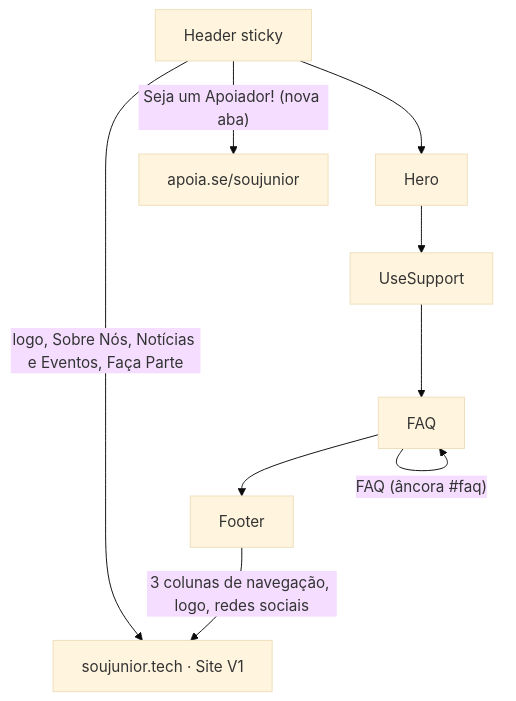
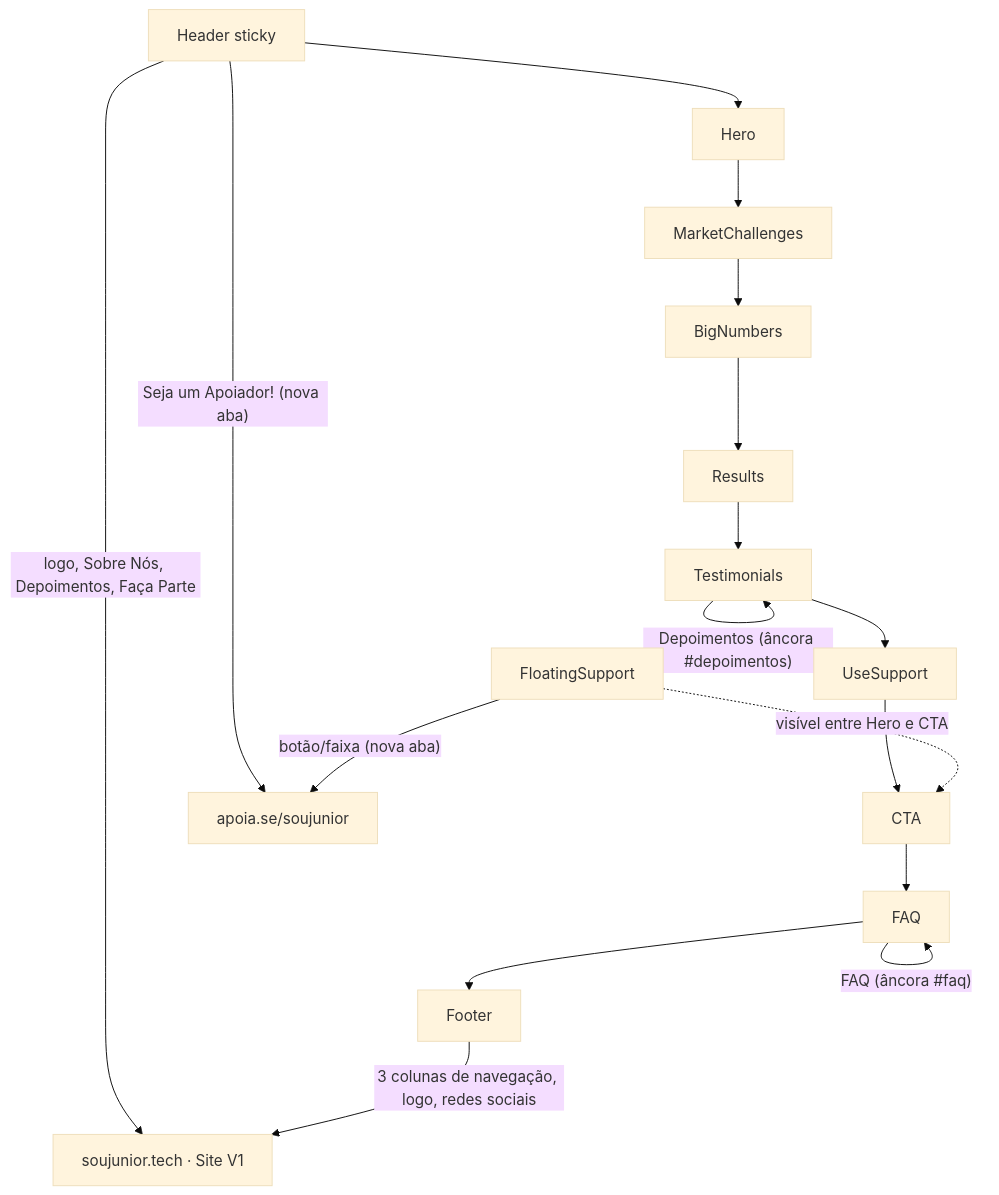
One commit to SouJunior/hackathon-web-wizards changed the diagram in README.md. Above: the diagram before and after it, drawn with Mermaid (base theme). The commit also changed other lines of this file, not shown here.

Commit message:
docs: atualiza README com as novas seções e o FloatingSupport

````diff
--- a/README.md
+++ b/README.md
@@ -81,12 +89,21 @@
 ```mermaid
 flowchart TD
     A[Header sticky] --> B[Hero]
-    B --> C[UseSupport]
-    C --> D[FAQ]
-    D --> E[Footer]
+    B --> C[MarketChallenges]
+    C --> D[BigNumbers]
+    D --> E[Results]
+    E --> F[Testimonials]
+    F --> G[UseSupport]
+    G --> H[CTA]
+    H --> I[FAQ]
+    I --> J[Footer]
 
-    A -- "logo, Sobre Nós, Notícias e Eventos, Faça Parte" --> V1[soujunior.tech · Site V1]
+    FAB[FloatingSupport] -. "visível entre Hero e CTA" .-> H
+
+    A -- "logo, Sobre Nós, Depoimentos, Faça Parte" --> V1[soujunior.tech · Site V1]
     A -- "Seja um Apoiador! (nova aba)" --> APOIA[apoia.se/soujunior]
-    E -- "3 colunas de navegação, logo, redes sociais" --> V1
-    D -- "FAQ (âncora #faq)" --> D
+    FAB -- "botão/faixa (nova aba)" --> APOIA
+    J -- "3 colunas de navegação, logo, redes sociais" --> V1
+    F -- "Depoimentos (âncora #depoimentos)" --> F
+    I -- "FAQ (âncora #faq)" --> I
 ```
````
